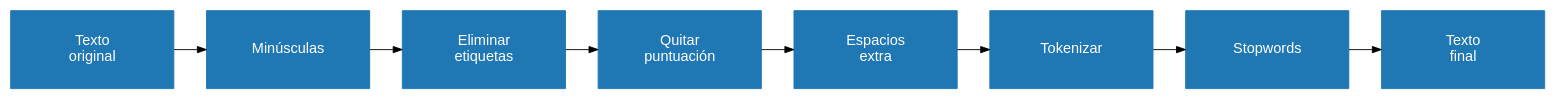
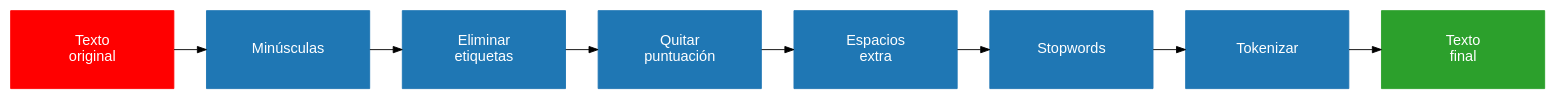
Before and after one commit to campon/intro-cd: the diagram in Tarea_1/clean.dot, drawn with Graphviz. The commit also changed 1 other file, not shown here.

```diff
--- a/Tarea_1/clean.dot
+++ b/Tarea_1/clean.dot
@@ -1,13 +1,13 @@
 digraph clean {
   rankdir=LR;
   node [shape=box, style=filled, color="#1f77b4", fontcolor=white, fontsize=16, fontname="Helvetica", width=2.5, height=1.2];
-  E [label="Texto\noriginal"];
+  E [label="Texto\noriginal", color = "#FF0000"];
   F [label="Minúsculas"];
   G [label="Eliminar\netiquetas"];
   H [label="Quitar\npuntuación"];
   I [label="Espacios\nextra"];
-  J [label="Tokenizar"];
-  K [label="Stopwords"];
-  L [label="Texto\nfinal"];
+  J [label="Stopwords"];
+  K [label="Tokenizar"];
+  L [label="Texto\nfinal", color = "#2ca02c"];
   E -> F -> G -> H -> I -> J -> K -> L;
 }
```
